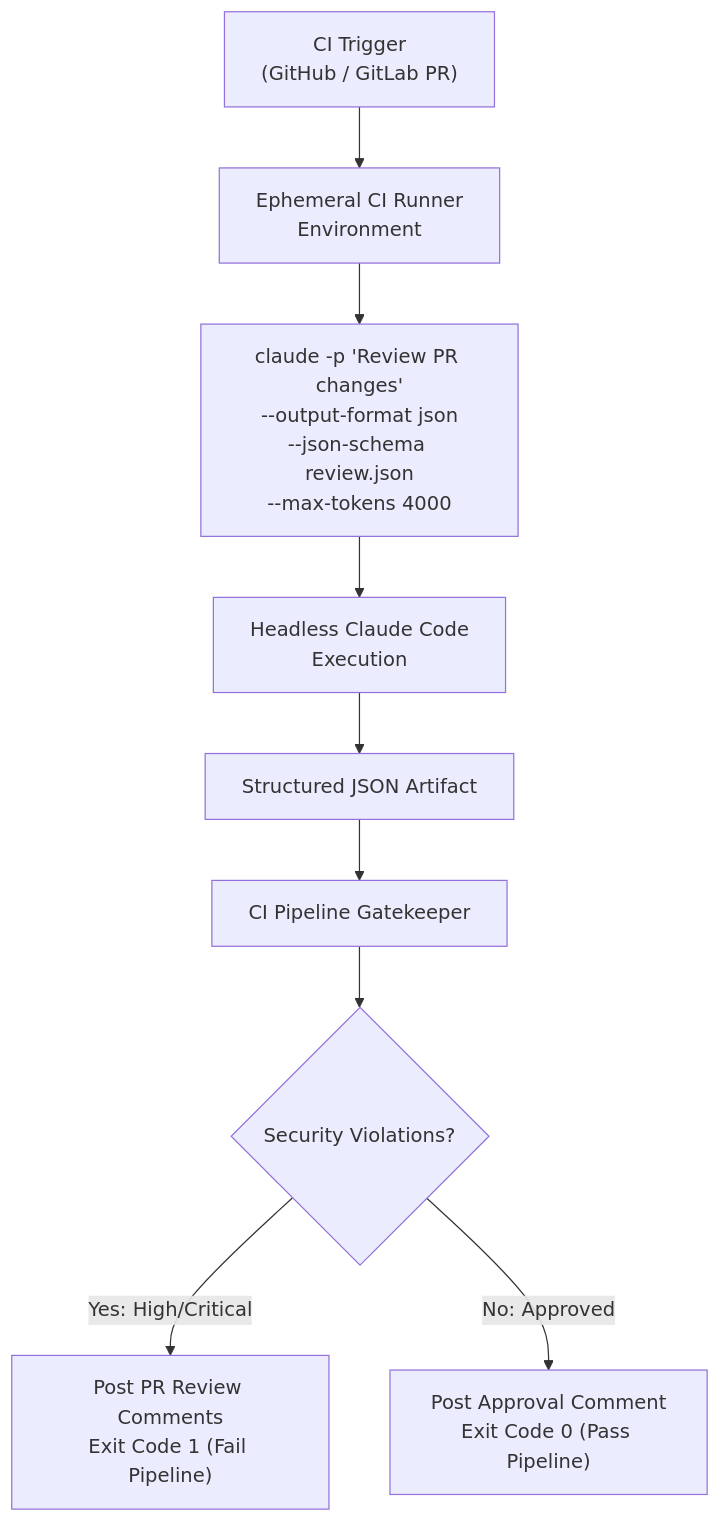
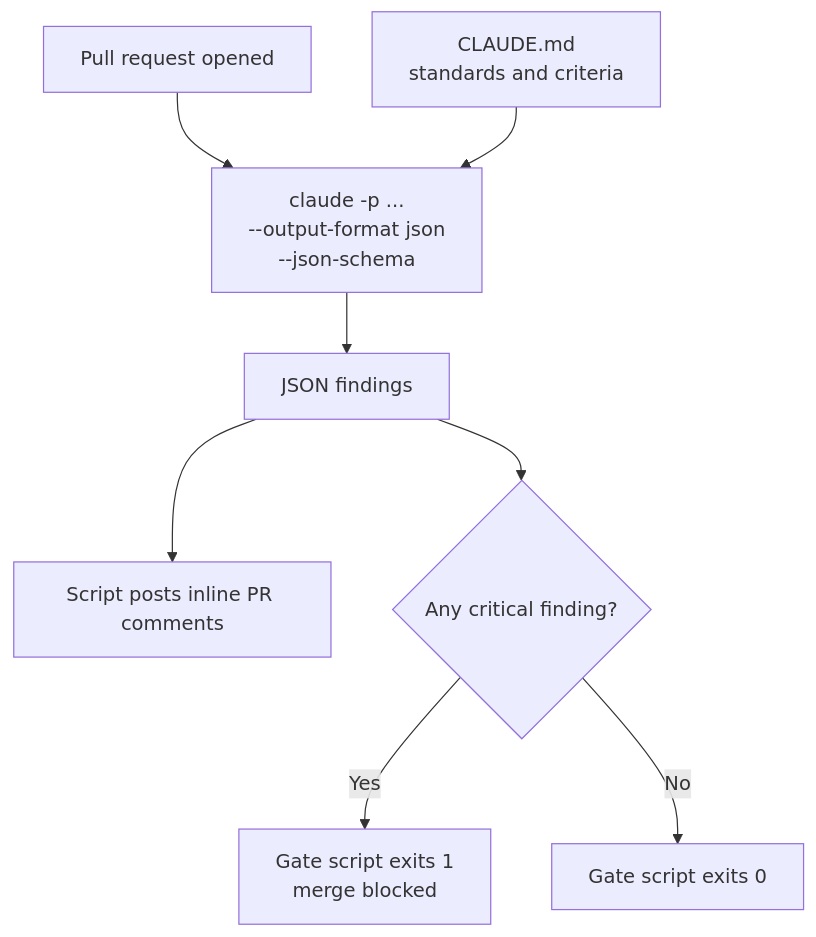
One commit to dip4k/claude_cert_architect_foundation_prep changed the diagram in domain3/ts_3_6_cicd_pipeline_automation/README.md. Above: the diagram before and after it, drawn with Mermaid. The commit also changed other lines of this file and 133 other files, not shown here.

````diff
--- a/domain3/ts_3_6_cicd_pipeline_automation/README.md
+++ b/domain3/ts_3_6_cicd_pipeline_automation/README.md
@@ -82,15 +59,10 @@
 ```mermaid
 flowchart TD
-    Trigger["CI Trigger<br>(GitHub / GitLab PR)"] --> Runner["Ephemeral CI Runner<br>Environment"]
-    
-    Runner --> Command["claude -p 'Review PR changes'<br>--output-format json<br>--json-schema review.json<br>--max-tokens 4000"]
-    
-    Command --> Exec["Headless Claude Code<br>Execution"]
-    Exec --> JSONOutput["Structured JSON Artifact"]
-    
-    JSONOutput --> Parser["CI Pipeline Gatekeeper"]
-    Parser --> Eval{"Security Violations?"}
-    
-    Eval -->|"Yes: High/Critical"| PRBlock["Post PR Review Comments<br>Exit Code 1 (Fail Pipeline)"]
-    Eval -->|"No: Approved"| PRPass["Post Approval Comment<br>Exit Code 0 (Pass Pipeline)"]
+    PR["Pull request opened"] --> Cmd["claude -p ...<br>--output-format json<br>--json-schema"]
+    Cmd --> JSON["JSON findings"]
+    JSON --> Comments["Script posts inline PR comments"]
+    JSON --> Gate{"Any critical finding?"}
+    Gate -->|"Yes"| Fail["Gate script exits 1<br>merge blocked"]
+    Gate -->|"No"| Pass["Gate script exits 0"]
+    Rules["CLAUDE.md<br>standards and criteria"] --> Cmd
 ```
````
